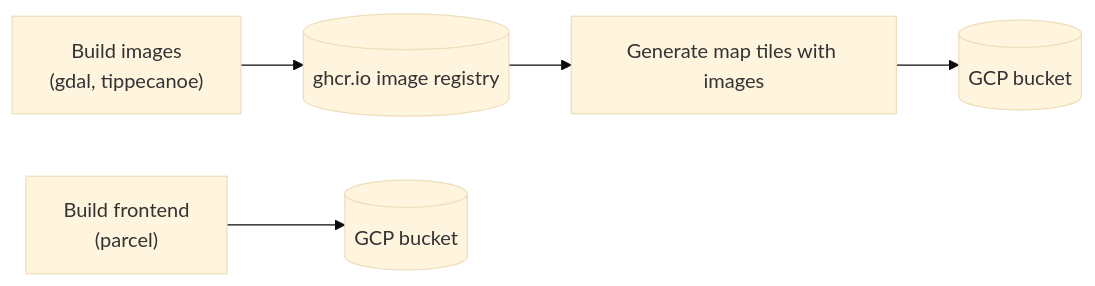
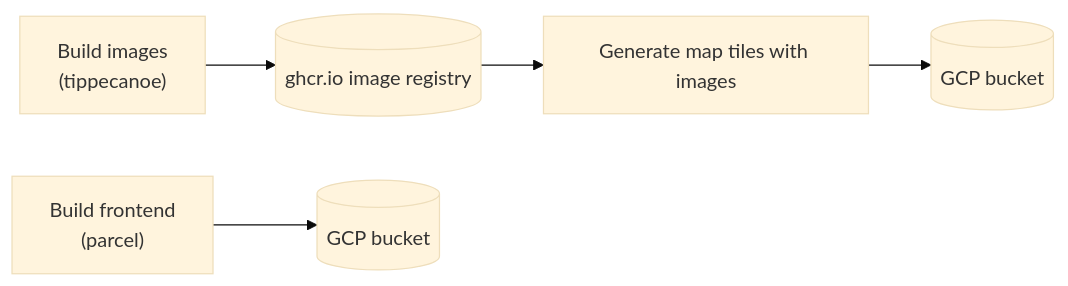
The second of 2 diagrams in ARCHITECTURE.md (adrianparsons/emptylots), drawn with Mermaid (base theme) before and after one commit. The commit also changed 8 other files, not shown here.

First line of the commit message:
Remove custom gdal docker image, scripts (#92)

````diff
--- a/ARCHITECTURE.md
+++ b/ARCHITECTURE.md
@@ -21,7 +21,7 @@
 ```mermaid
 flowchart LR
-    A["Build images<br/>(gdal, tippecanoe)"] --> B[("ghcr.io image registry")]
+    A["Build images<br/>(tippecanoe)"] --> B[("ghcr.io image registry")]
     C["Build frontend<br/>(parcel)"] --> D[("GCP bucket")]
     B --> E["Generate map tiles with images"]
     E --> F[("GCP bucket")]
 ```
````
